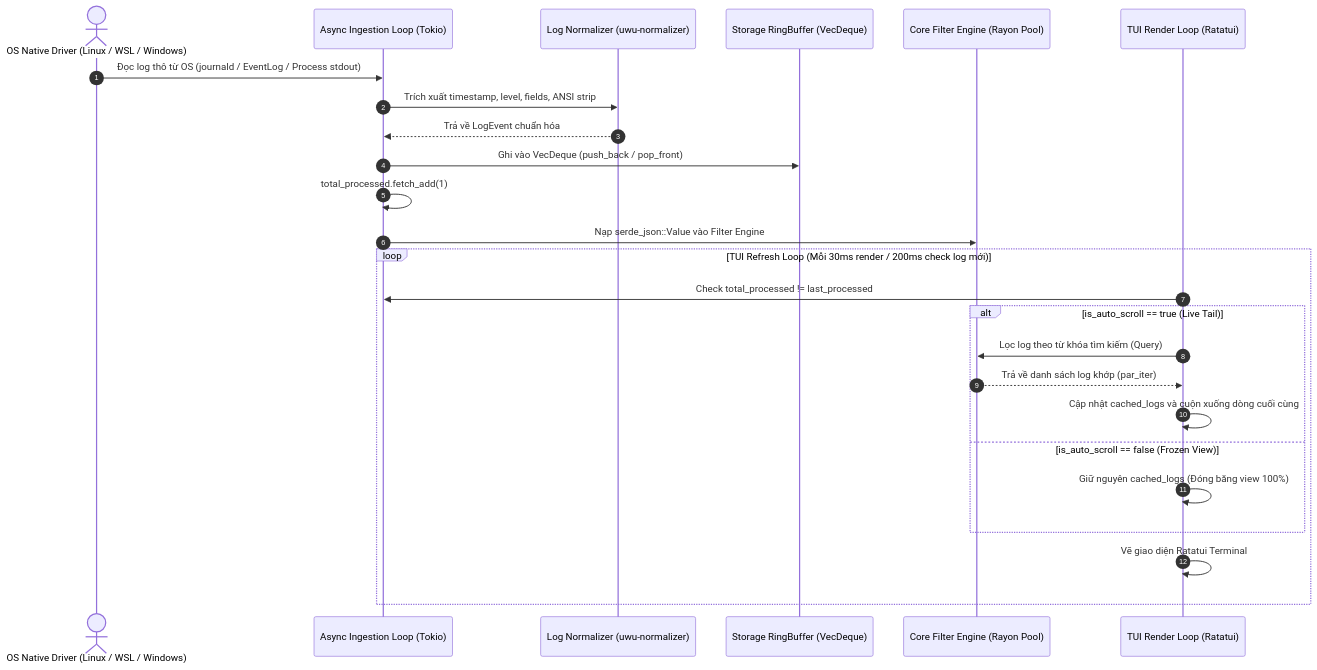
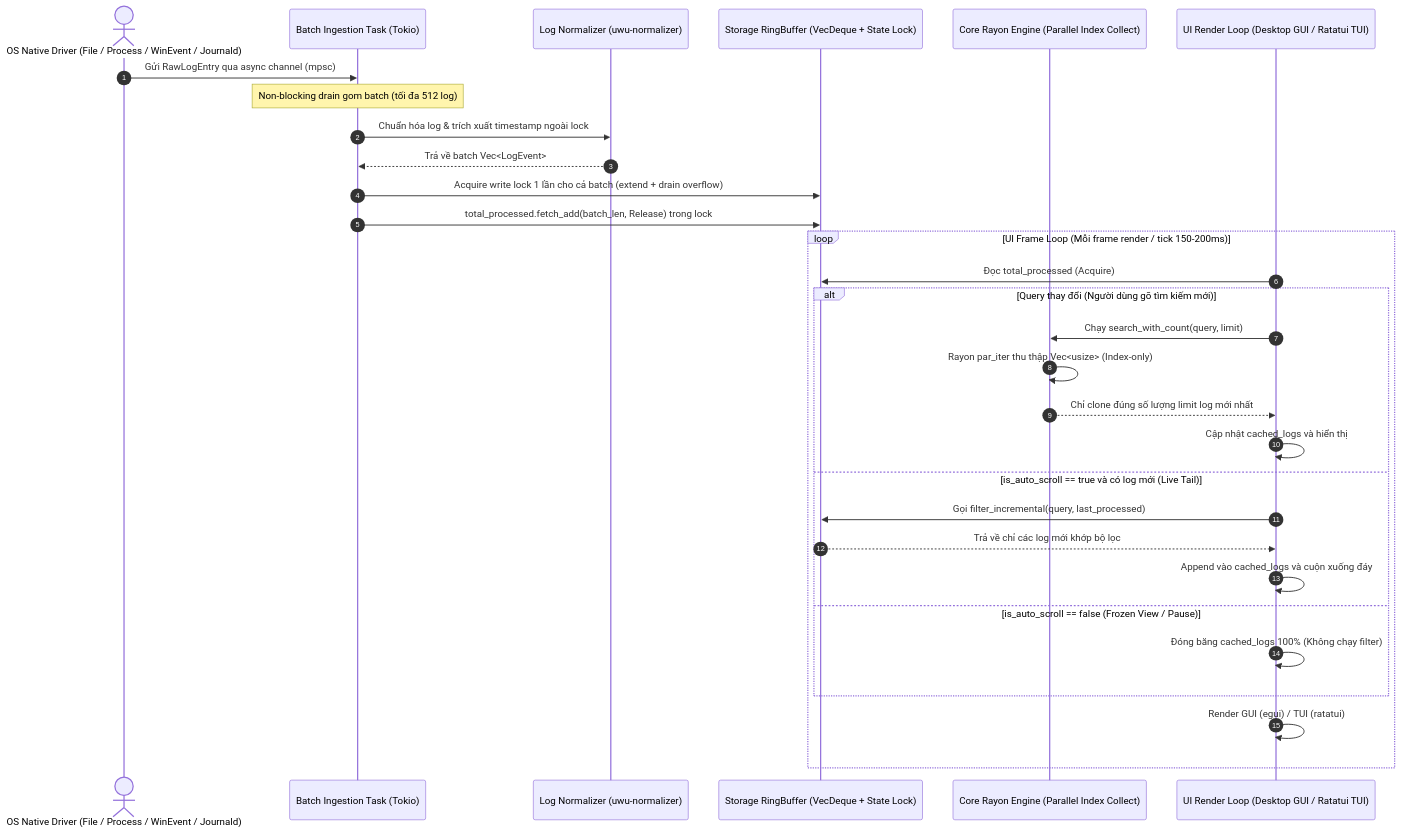
Before and after one commit to gavuhop/uwulog-rust: the second of 3 diagrams in archi.md, drawn with Mermaid. The commit also changed other lines of this file and 9 other files, not shown here.

````diff
--- a/archi.md
+++ b/archi.md
@@ -78,29 +78,34 @@
 ```mermaid
 sequenceDiagram
     autonumber
-    actor Driver as OS Native Driver (Linux / WSL / Windows)
-    participant TokioRx as Async Ingestion Loop (Tokio)
+    actor Driver as OS Native Driver (File / Process / WinEvent / Journald)
+    participant TokioRx as Batch Ingestion Task (Tokio)
     participant Normalizer as Log Normalizer (uwu-normalizer)
-    participant RingBuf as Storage RingBuffer (VecDeque)
-    participant RayonEngine as Core Filter Engine (Rayon Pool)
-    participant TuiThread as TUI Render Loop (Ratatui)
+    participant RingBuf as Storage RingBuffer (VecDeque + State Lock)
+    participant RayonEngine as Core Rayon Engine (Parallel Index Collect)
+    participant UIThread as UI Render Loop (Desktop GUI / Ratatui TUI)
 
-    Driver->>TokioRx: Đọc log thô từ OS (journald / EventLog / Process stdout)
-    TokioRx->>Normalizer: Trích xuất timestamp, level, fields, ANSI strip
-    Normalizer-->>TokioRx: Trả về LogEvent chuẩn hóa
-    TokioRx->>RingBuf: Ghi vào VecDeque (push_back / pop_front)
-    TokioRx->>TokioRx: total_processed.fetch_add(1)
-    TokioRx->>RayonEngine: Nạp serde_json::Value vào Filter Engine
+    Driver->>TokioRx: Gửi RawLogEntry qua async channel (mpsc)
+    Note over TokioRx: Non-blocking drain gom batch (tối đa 512 log)
+    TokioRx->>Normalizer: Chuẩn hóa log & trích xuất timestamp ngoài lock
+    Normalizer-->>TokioRx: Trả về batch Vec<LogEvent>
+    TokioRx->>RingBuf: Acquire write lock 1 lần cho cả batch (extend + drain overflow)
+    TokioRx->>RingBuf: total_processed.fetch_add(batch_len, Release) trong lock
 
-    loop TUI Refresh Loop (Mỗi 30ms render / 200ms check log mới)
-        TuiThread->>TokioRx: Check total_processed != last_processed
-        alt is_auto_scroll == true (Live Tail)
-            TuiThread->>RayonEngine: Lọc log theo từ khóa tìm kiếm (Query)
-            RayonEngine-->>TuiThread: Trả về danh sách log khớp (par_iter)
-            TuiThread->>TuiThread: Cập nhật cached_logs và cuộn xuống dòng cuối cùng
-        else is_auto_scroll == false (Frozen View)
-            TuiThread->>TuiThread: Giữ nguyên cached_logs (Đóng băng view 100%)
+    loop UI Frame Loop (Mỗi frame render / tick 150-200ms)
+        UIThread->>RingBuf: Đọc total_processed (Acquire)
+        alt Query thay đổi (Người dùng gõ tìm kiếm mới)
+            UIThread->>RayonEngine: Chạy search_with_count(query, limit)
+            RayonEngine->>RayonEngine: Rayon par_iter thu thập Vec<usize> (Index-only)
+            RayonEngine-->>UIThread: Chỉ clone đúng số lượng limit log mới nhất
+            UIThread->>UIThread: Cập nhật cached_logs và hiển thị
+        else is_auto_scroll == true và có log mới (Live Tail)
+            UIThread->>RingBuf: Gọi filter_incremental(query, last_processed)
+            RingBuf-->>UIThread: Trả về chỉ các log mới khớp bộ lọc
+            UIThread->>UIThread: Append vào cached_logs và cuộn xuống đáy
+        else is_auto_scroll == false (Frozen View / Pause)
+            UIThread->>UIThread: Đóng băng cached_logs 100% (Không chạy filter)
         end
-        TuiThread->>TuiThread: Vẽ giao diện Ratatui Terminal
+        UIThread->>UIThread: Render GUI (egui) / TUI (ratatui)
     end
 ```
````
